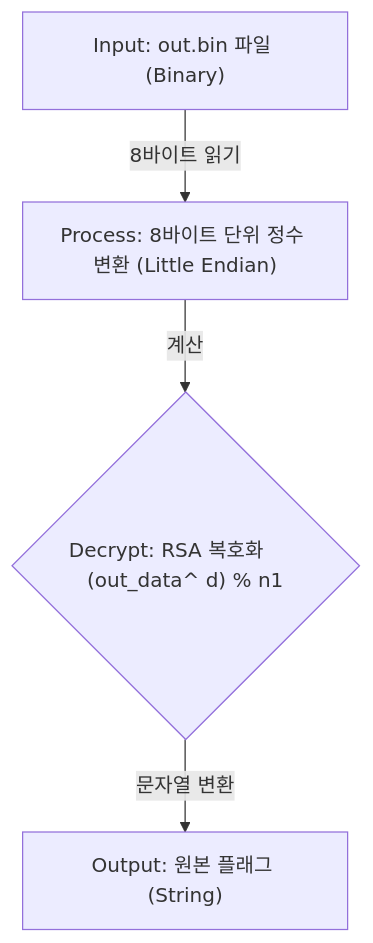
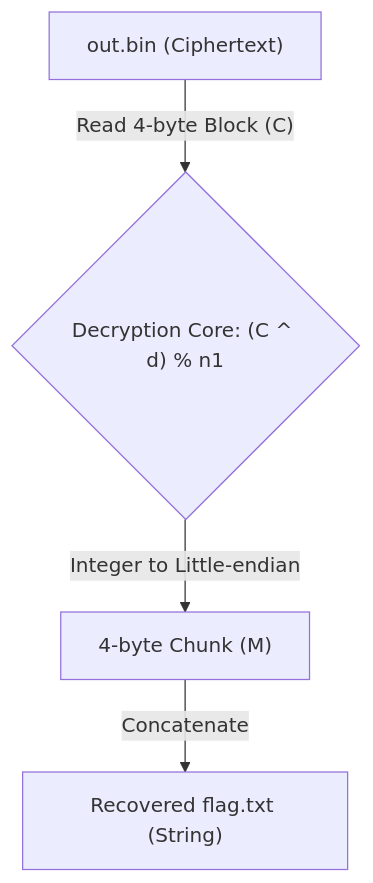
One commit to dongyeon1113/Dreamhack-Wargame changed the second of 2 diagrams in Reversing/Public/README.md. Above: the diagram before and after it, drawn with Mermaid. The commit also changed other lines of this file, not shown here.

````diff
--- a/Reversing/Public/README.md
+++ b/Reversing/Public/README.md
@@ -209,11 +223,8 @@
 ```mermaid
 graph TD
-    Node1[" Input: out.bin 파일 (Binary)"]
-    Node2[" Process: 8바이트 단위 정수 변환 (Little Endian)"]
-    Node3{" Decrypt: RSA 복호화      (out_data^ d) % n1 "}
-    Node4[" Output: 원본 플래그 (String)"]
+    A["out.bin (Ciphertext)"] -- "Read 4-byte Block (C)" --> B{"Decryption Core: (C ^ d) % n1"}
+    B -- "Integer to Little-endian" --> C["4-byte Chunk (M)"]
+    C -- "Concatenate" --> D["Recovered flag.txt (String)"]
 
-    Node1 -->|8바이트 읽기| Node2
-    Node2 -->|계산| Node3
-    Node3 -->|문자열 변환| Node4
+    
 ```
````
